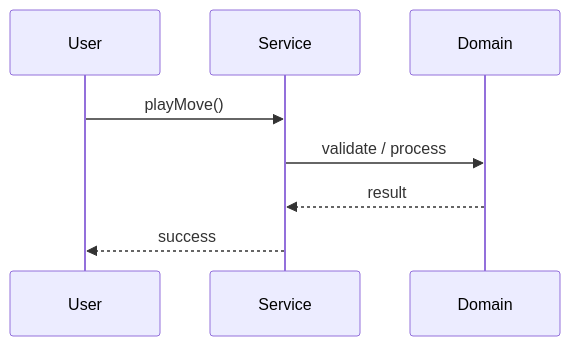
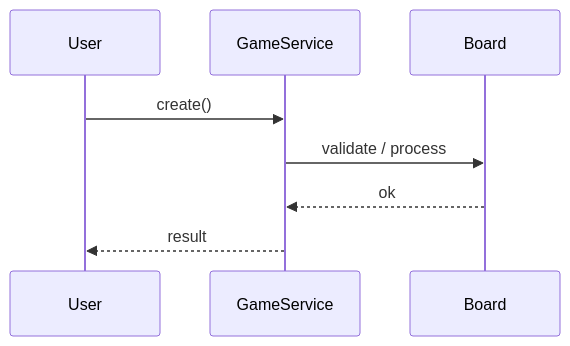
Before and after one commit to madhupaila/Interview-Prep-SSE: the second of 3 diagrams in Learn/System Design - Low Level Design/02-classic-ood/questions/Q07-tic-tac-toe.md, drawn with Mermaid. The commit also changed other lines of this file and 491 other files, not shown here.

````diff
--- a/Learn/System Design - Low Level Design/02-classic-ood/questions/Q07-tic-tac-toe.md
+++ b/Learn/System Design - Low Level Design/02-classic-ood/questions/Q07-tic-tac-toe.md
@@ -121,10 +145,10 @@
 ```mermaid
 sequenceDiagram
-    participant U as User
-    participant S as Service
-    participant D as Domain
-    U->>S: playMove()
-    S->>D: validate / process
-    D-->>S: result
-    S-->>U: success
+participant U as User
+participant S as GameService
+participant D as Board
+U->>S: create()
+S->>D: validate / process
+D-->>S: ok
+S-->>U: result
 ```
````
